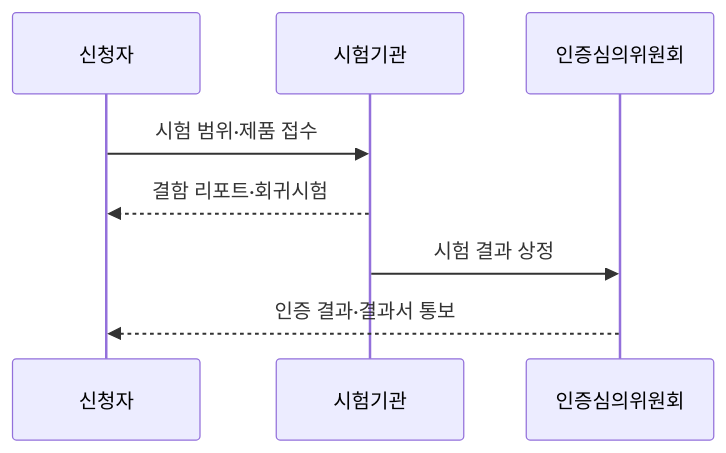
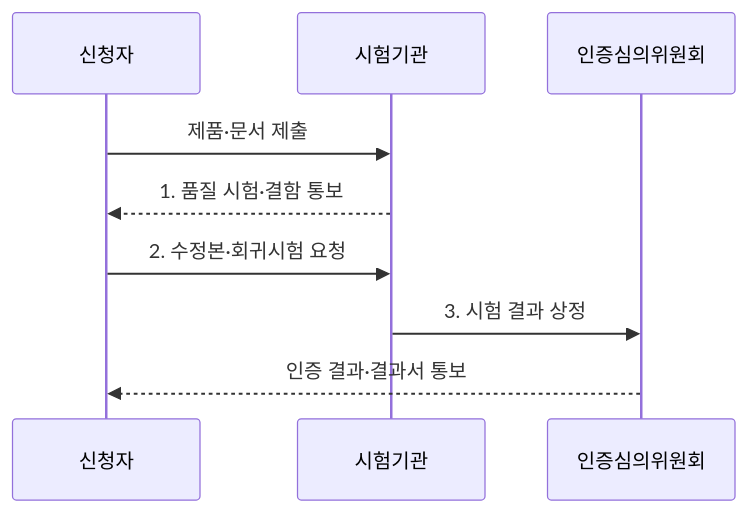
The second of 2 diagrams in src/content/docs/notes/06-evaluation/031_tta_sw_quality_test.md (agnusdei1207/knowledge-base), drawn with Mermaid before and after one commit. The commit also changed other lines of this file and 9 other files, not shown here.

````diff
--- a/src/content/docs/notes/06-evaluation/031_tta_sw_quality_test.md
+++ b/src/content/docs/notes/06-evaluation/031_tta_sw_quality_test.md
@@ -75,10 +87,11 @@
 ```mermaid
 sequenceDiagram
     participant A as 신청자
     participant T as 시험기관
     participant C as 인증심의위원회
-    A->>T: 시험 범위·제품 접수
-    T-->>A: 결함 리포트·회귀시험
-    T->>C: 시험 결과 상정
+    A->>T: 제품·문서 제출
+    T-->>A: 1. 품질 시험·결함 통보
+    A->>T: 2. 수정본·회귀시험 요청
+    T->>C: 3. 시험 결과 상정
     C-->>A: 인증 결과·결과서 통보
 ```
````
